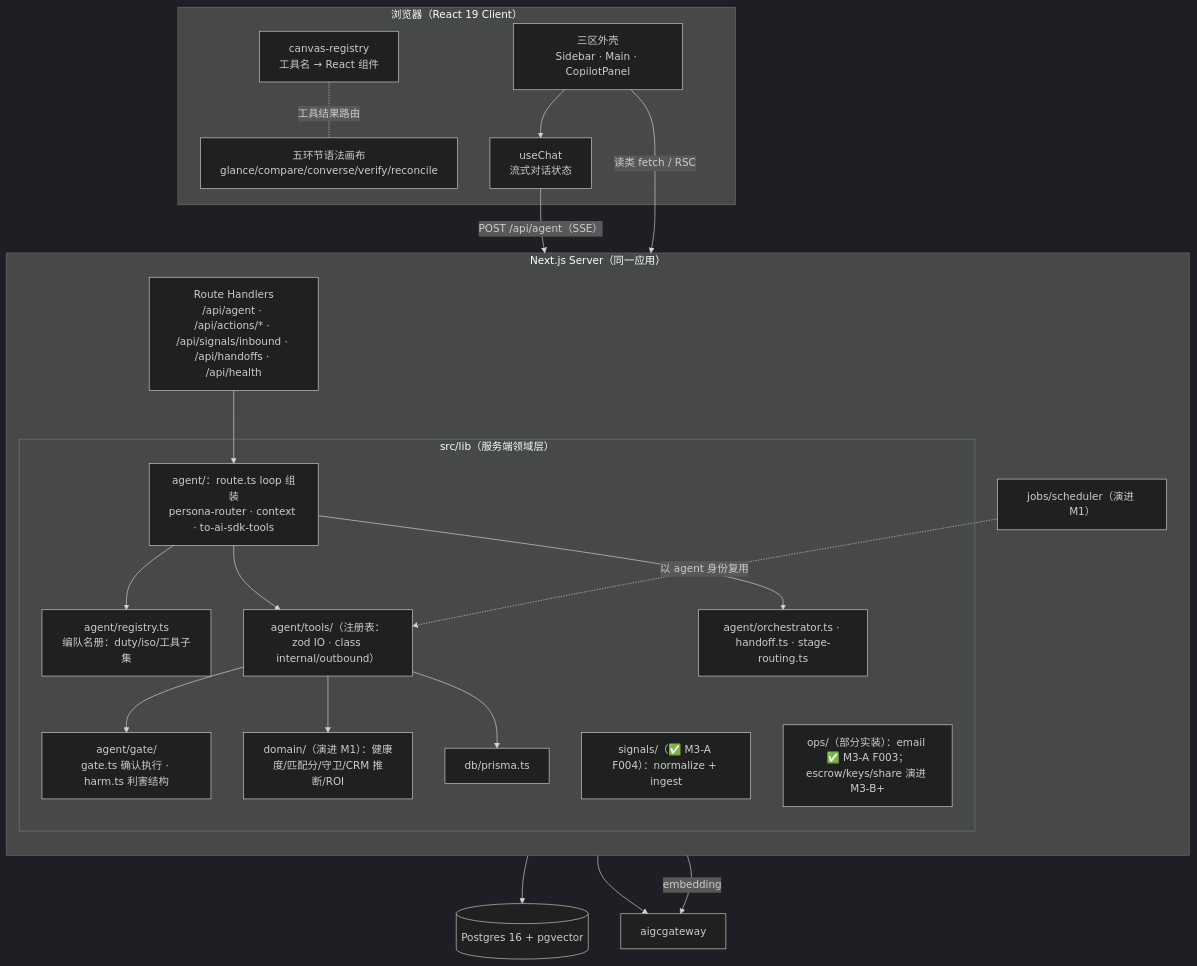
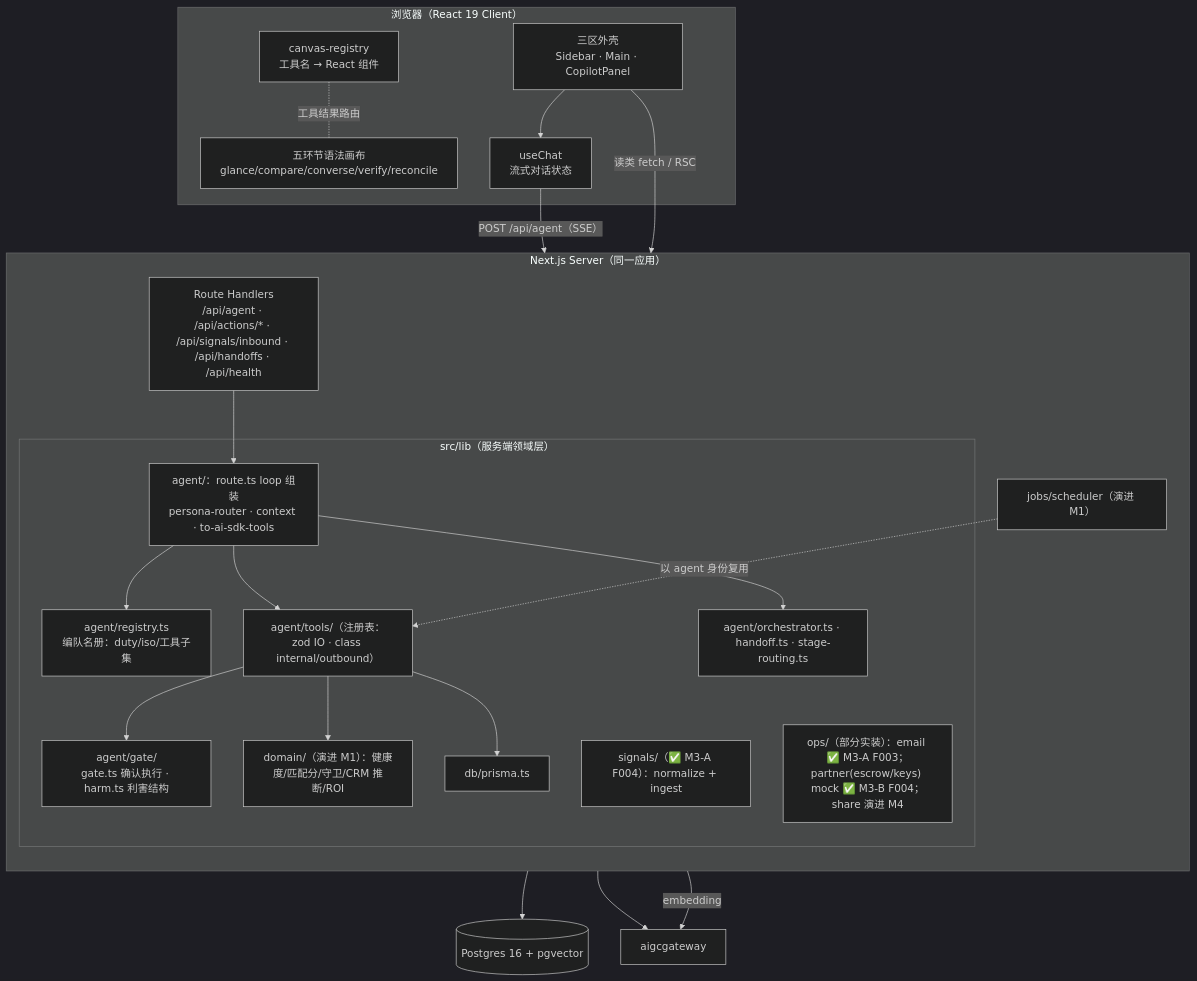
Before and after one commit to tripplemay/newkolmatrix: the third of 6 diagrams in docs/dev/architecture.md, drawn with Mermaid (dark theme). The commit also changed other lines of this file and 2 other files, not shown here.

Commit message:
fix(M3-B-DELIVERY-F012): fixing round1——翻牌 architecture.md L254/L372 escrow/keys
F012 唯一 PARTIAL（对抗复核 UPHELD）= 批末新鲜度复核漏 2 处：顶层架构图 OPS 节（L254）
与源码目录树 ops/ 节（L372）仍把 escrow/keys 标『演进 M3-B+/归 M3-B+』，而 F004 已
mock 实装（ops/partner/）且同文档 §9.8/§10.3/§14 已翻牌——文档自我矛盾。

修复：两处 escrow/keys → 『partner(escrow/keys) mock ✅ M3-B F004；真实现归 M5』，
对齐既有口径；share 保持未来态（改标 M4）。产品代码零改动。

grep 复核：escrow/keys 陈旧标记零命中；剩余 M3-B+ 标记全指真未来项（真入站回复/
批量发信/partner 入站回调源，均正确）。

fixing 模式落盘：status=reverifying · fix_rounds=1 · evaluator_feedback=null ·
F012 status→completed。

````diff
--- a/docs/dev/architecture.md
+++ b/docs/dev/architecture.md
@@ -232,41 +232,41 @@
 ```mermaid
 flowchart TB
     subgraph 浏览器["浏览器（React 19 Client）"]
         SHELL[三区外壳<br/>Sidebar · Main · CopilotPanel]
         SURF[五环节语法画布<br/>glance/compare/converse/verify/reconcile]
         REG[canvas-registry<br/>工具名 → React 组件]
         CHAT[useChat<br/>流式对话状态]
     end
 
     subgraph SERVER["Next.js Server（同一应用）"]
         direction TB
         RH["Route Handlers<br/>/api/agent · /api/actions/* · /api/signals/inbound · /api/handoffs · /api/health"]
         JOBS["jobs/scheduler（演进 M1）"]
         subgraph LIB["src/lib（服务端领域层）"]
             RUNTIME[agent/：route.ts loop 组装<br/>persona-router · context · to-ai-sdk-tools]
             AGENTS[agent/registry.ts<br/>编队名册：duty/iso/工具子集]
             TOOLREG["agent/tools/（注册表：zod IO · class internal/outbound）"]
             GATE[agent/gate/<br/>gate.ts 确认执行 · harm.ts 利害结构]
             ORCH[agent/orchestrator.ts · handoff.ts · stage-routing.ts]
             DOMAIN["domain/（演进 M1）：健康度/匹配分/守卫/CRM 推断/ROI"]
             SIG["signals/（✅ M3-A F004）：normalize + ingest"]
             DATA[db/prisma.ts]
-            OPS["ops/（部分实装）：email ✅ M3-A F003；escrow/keys/share 演进 M3-B+"]
+            OPS["ops/（部分实装）：email ✅ M3-A F003；partner(escrow/keys) mock ✅ M3-B F004；share 演进 M4"]
         end
     end
 
     DB[(Postgres 16 + pgvector)]
     GW[aigcgateway]
 
     SHELL --> CHAT -->|POST /api/agent（SSE）| RH
     SHELL -->|读类 fetch / RSC| RH
     REG -. 工具结果路由 .- SURF
     RH --> RUNTIME --> AGENTS
     RUNTIME --> TOOLREG --> GATE
     TOOLREG --> DOMAIN
     TOOLREG --> DATA --> DB
     RUNTIME --> ORCH
     JOBS -.->|以 agent 身份复用| TOOLREG
     RUNTIME --> GW
     DATA -->|embedding| GW
 ```
````
